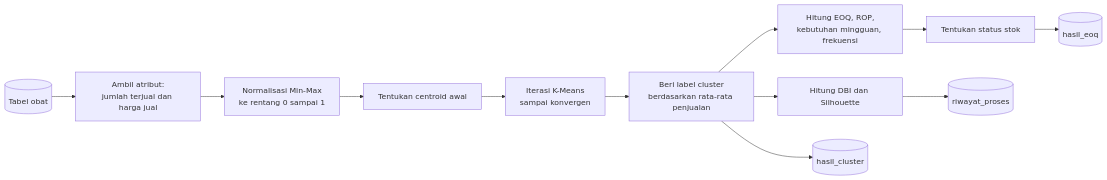
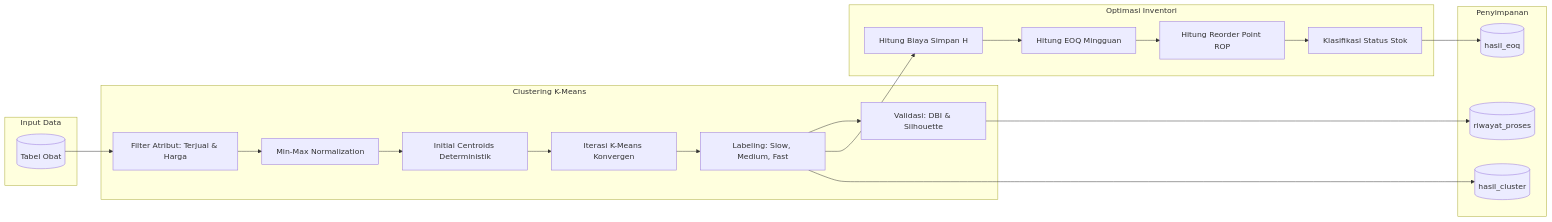
One commit to opalism/project-apotek-signamedika changed the second of 3 diagrams in README.md. Above: the diagram before and after it, drawn with Mermaid. The commit also changed other lines of this file, not shown here.

Commit message:
docs: beautify README with official branding, badges, and detailed architecture

````diff
--- a/README.md
+++ b/README.md
@@ -63,14 +82,32 @@
 ```mermaid
 flowchart LR
-    A[(Tabel obat)] --> B[Ambil atribut:<br/>jumlah terjual dan harga jual]
-    B --> C[Normalisasi Min-Max<br/>ke rentang 0 sampai 1]
-    C --> D[Tentukan centroid awal]
-    D --> E[Iterasi K-Means<br/>sampai konvergen]
-    E --> F[Beri label cluster<br/>berdasarkan rata-rata penjualan]
-    F --> G[Hitung DBI dan Silhouette]
-    F --> H[Hitung EOQ, ROP,<br/>kebutuhan mingguan, frekuensi]
-    H --> I[Tentukan status stok]
-    G --> J[(riwayat_proses)]
-    F --> K[(hasil_cluster)]
-    I --> L[(hasil_eoq)]
+    subgraph Input Data
+        A[(Tabel Obat)]
+    end
+
+    subgraph Clustering K-Means
+        B[Filter Atribut: Terjual & Harga] --> C[Min-Max Normalization]
+        C --> D[Initial Centroids Deterministik]
+        D --> E[Iterasi K-Means Konvergen]
+        E --> F[Labeling: Slow, Medium, Fast]
+        F --> G[Validasi: DBI & Silhouette]
+    end
+
+    subgraph Optimasi Inventori
+        H[Hitung Biaya Simpan H] --> I[Hitung EOQ Mingguan]
+        I --> J[Hitung Reorder Point ROP]
+        J --> K[Klasifikasi Status Stok]
+    end
+
+    subgraph Penyimpanan
+        L[(hasil_cluster)]
+        M[(hasil_eoq)]
+        N[(riwayat_proses)]
+    end
+
+    A --> B
+    F --> H
+    G --> N
+    F --> L
+    K --> M
 ```
````
